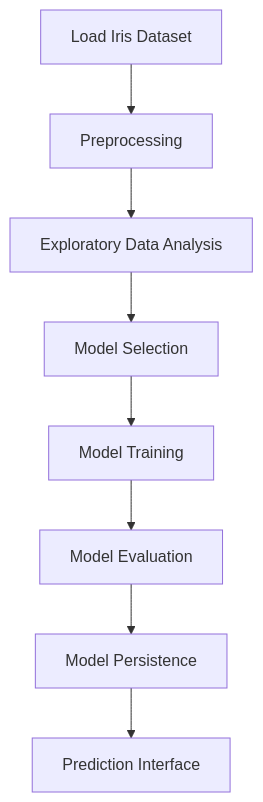
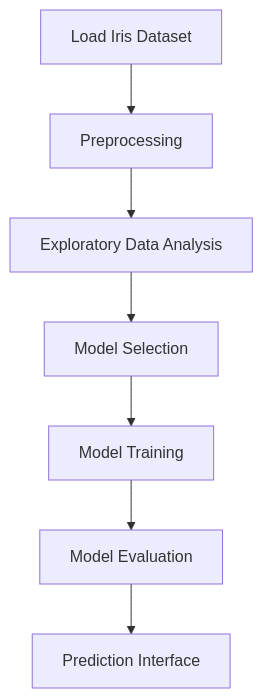
The diagram in Iris Flower Detection/README.md (HariKrishnaKumar-watersprinter/QSkill--AI-ML-intern), drawn with Mermaid before and after one commit. The commit also changed other lines of this file, not shown here.

````diff
--- a/Iris Flower Detection/README.md
+++ b/Iris Flower Detection/README.md
@@ -30,10 +30,9 @@
 ```mermaid
 flowchart TD
     A[Load Iris Dataset] --> B[Preprocessing]
     B --> C[Exploratory Data Analysis]
     C --> D[Model Selection]
     D --> E[Model Training]
     E --> F[Model Evaluation]
-    F --> G[Model Persistence]
-    G --> H[Prediction Interface]
+    F --> G[Prediction Interface]
 ```
````
